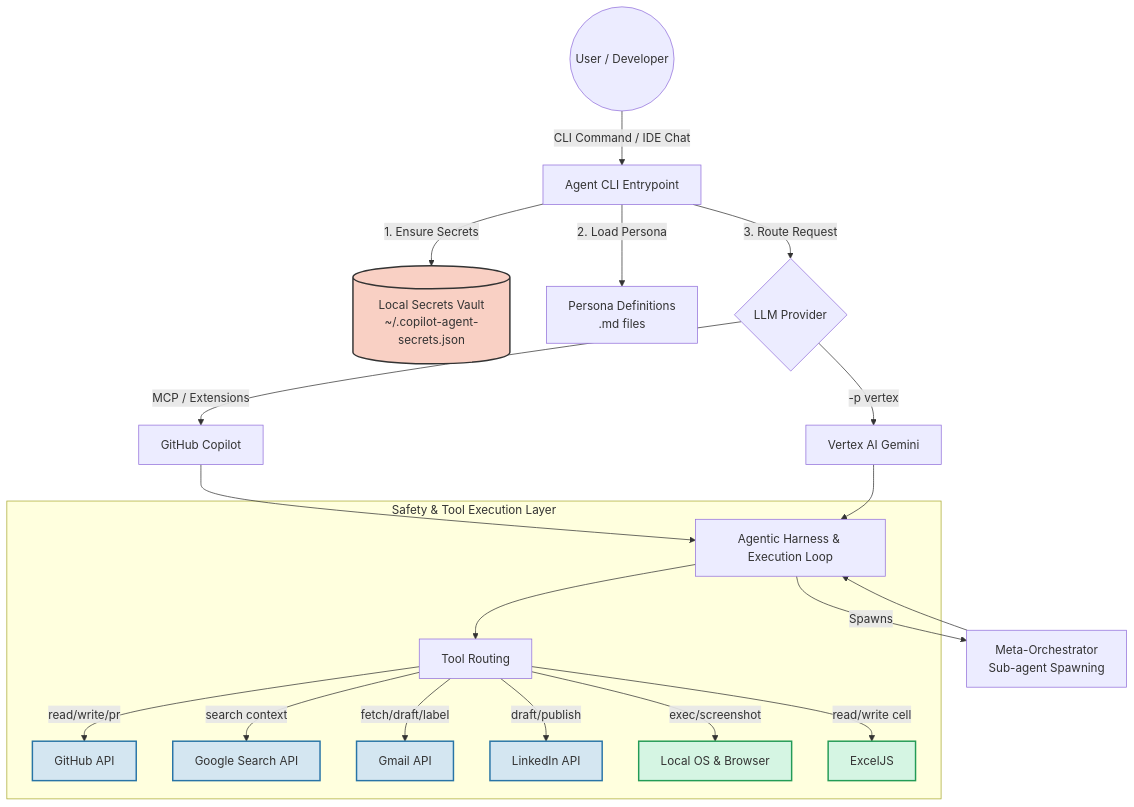
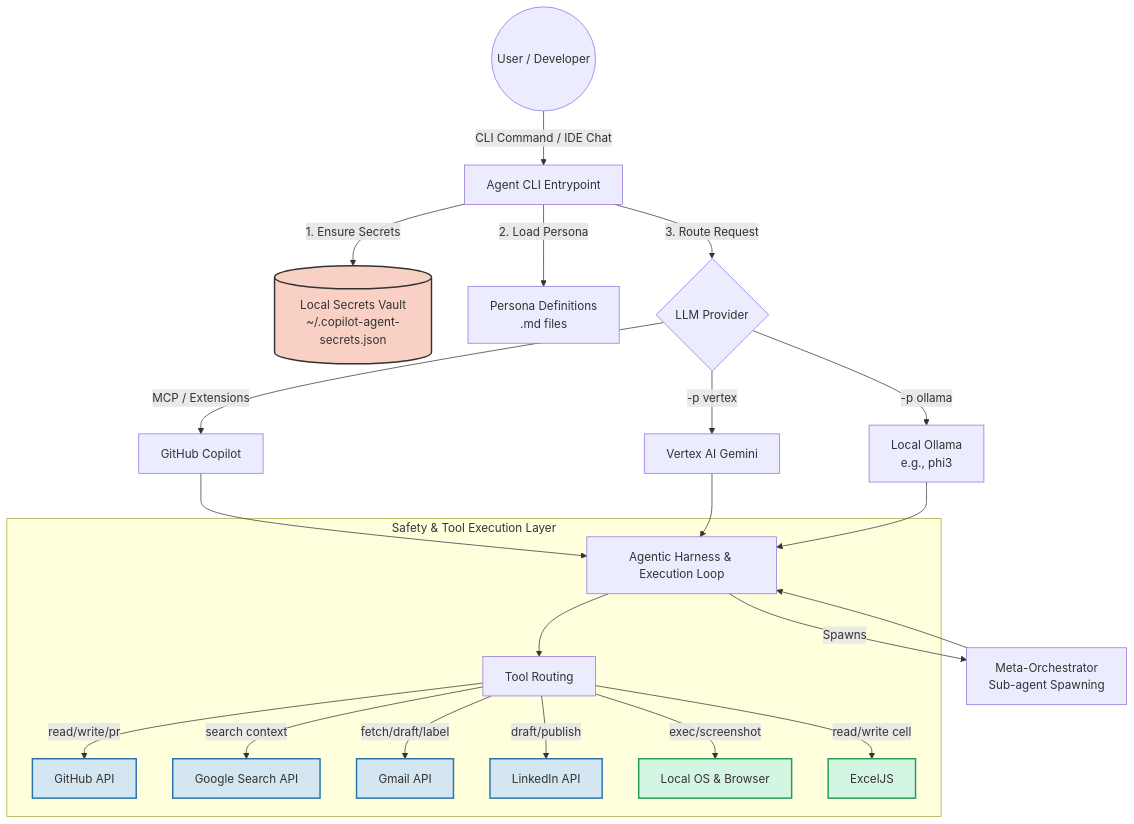
The diagram in Copilot_Agent_CLI/README.md (NisargShah1/GenAI_Repo), drawn with Mermaid before and after one commit. The commit also changed other lines of this file and 4 other files, not shown here.

Commit message:
feat: add local execution support via Ollama (e.g. phi3)

````diff
--- a/Copilot_Agent_CLI/README.md
+++ b/Copilot_Agent_CLI/README.md
@@ -16,36 +16,38 @@
 ```mermaid
 graph TD
     User((User / Developer)) -->|CLI Command / IDE Chat| CLI[Agent CLI Entrypoint]
     
     CLI -->|1. Ensure Secrets| SecretMgr[(Local Secrets Vault<br/>~/.copilot-agent-secrets.json)]
     CLI -->|2. Load Persona| Personas[Persona Definitions<br/>.md files]
     
     CLI -->|3. Route Request| Provider{LLM Provider}
     Provider -->|MCP / Extensions| Copilot[GitHub Copilot]
     Provider -->|-p vertex| Vertex[Vertex AI Gemini]
+    Provider -->|-p ollama| Ollama[Local Ollama<br/>e.g., phi3]
     
     Copilot --> AgentHarness[Agentic Harness & Execution Loop]
     Vertex --> AgentHarness
+    Ollama --> AgentHarness
     
     AgentHarness -->|Spawns| Orchestrator[Meta-Orchestrator<br/>Sub-agent Spawning]
     Orchestrator --> AgentHarness
     
     subgraph Safety & Tool Execution Layer
         AgentHarness --> Tools[Tool Routing]
         
         Tools -->|read/write/pr| GitHub[GitHub API]
         Tools -->|search context| GoogleSearch[Google Search API]
         Tools -->|fetch/draft/label| Gmail[Gmail API]
         Tools -->|draft/publish| LinkedIn[LinkedIn API]
         Tools -->|exec/screenshot| System[Local OS & Browser]
         Tools -->|read/write cell| Excel[ExcelJS]
     end
     
     %% Styling
     classDef secure fill:#f9d0c4,stroke:#333,stroke-width:2px;
     class SecretMgr secure;
     classDef external fill:#d4e6f1,stroke:#2874a6,stroke-width:2px;
     class GitHub,GoogleSearch,Gmail,LinkedIn external;
     classDef local fill:#d5f5e3,stroke:#239b56,stroke-width:2px;
     class System,Excel local;
 ```
````
